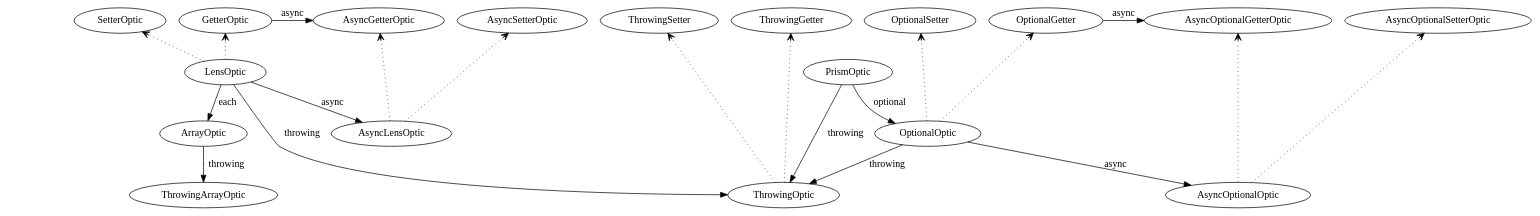
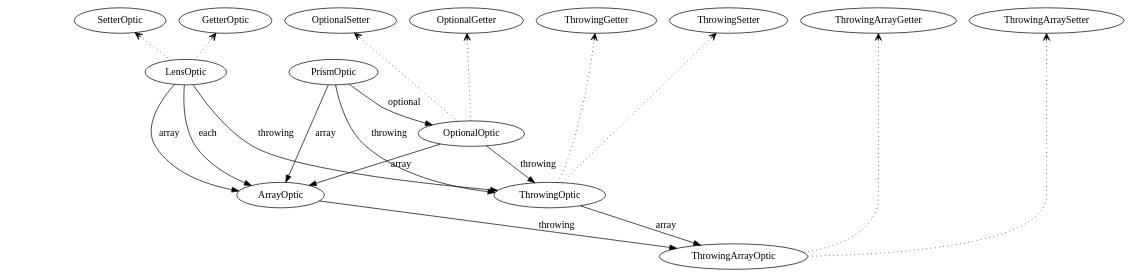
The diagram in Documentation/protocols.dot (mproinnovacion/swift-optics), drawn with Graphviz before and after one commit. The commit also changed 7 other files, not shown here.

Commit message:
feat: Added array funcs to lift optics into array. Updated graphs.

```diff
--- a/Documentation/protocols.dot
+++ b/Documentation/protocols.dot
@@ -1,41 +1,37 @@
 digraph protocols {
 	rank1 [style=invisible];
 	rank2 [style=invisible];
 
 	rank1 -> rank2 [color=white];
-
-	GetterOptic -> AsyncGetterOptic [label="async"];
 	
-	OptionalGetter -> AsyncOptionalGetterOptic [label="async"];
-
 	LensOptic -> GetterOptic [style=dotted, arrowhead=open];
 	LensOptic -> SetterOptic [style=dotted, arrowhead=open];
 	LensOptic -> ArrayOptic [label="each"];
+	LensOptic -> ArrayOptic [label="array"];
 	LensOptic -> ThrowingOptic [label="throwing"];
-	LensOptic -> AsyncLensOptic [label="async"];
 
 	PrismOptic -> OptionalOptic [label="optional"];
+	PrismOptic -> ArrayOptic [label="array"];
 	PrismOptic -> ThrowingOptic [label="throwing"];
 
 	OptionalOptic -> OptionalGetter [style=dotted, arrowhead=open];
 	OptionalOptic -> OptionalSetter [style=dotted, arrowhead=open];
+	OptionalOptic -> ArrayOptic [label="array"];
 	OptionalOptic -> ThrowingOptic [label="throwing"];
-	OptionalOptic -> AsyncOptionalOptic [label="async"];
 
 	ThrowingOptic -> ThrowingGetter [style=dotted, arrowhead=open];
 	ThrowingOptic -> ThrowingSetter [style=dotted, arrowhead=open];
+		
+		
+	ArrayOptic -> ThrowingArrayOptic [label="throwing"];
+	ThrowingOptic -> ThrowingArrayOptic [label="array"];
 	
-	AsyncLensOptic -> AsyncGetterOptic [style=dotted, arrowhead=open];
-	AsyncLensOptic -> AsyncSetterOptic [style=dotted, arrowhead=open];
-	
-	AsyncOptionalOptic -> AsyncOptionalGetterOptic [style=dotted, arrowhead=open];
-	AsyncOptionalOptic -> AsyncOptionalSetterOptic [style=dotted, arrowhead=open];
+	ThrowingArrayOptic -> ThrowingArrayGetter [style=dotted, arrowhead=open];
+	ThrowingArrayOptic -> ThrowingArraySetter [style=dotted, arrowhead=open];
 
-	ArrayOptic -> ThrowingArrayOptic [label="throwing"];
-
-	{ rank = min; GetterOptic ; SetterOptic ; OptionalGetter ; OptionalSetter ; ThrowingGetter ; ThrowingSetter ; AsyncGetterOptic ; AsyncSetterOptic; AsyncOptionalGetterOptic; AsyncOptionalSetterOptic }
+	{ rank = min; GetterOptic ; SetterOptic ; OptionalGetter ; OptionalSetter ; ThrowingGetter ; ThrowingSetter ; ThrowingArrayGetter; ThrowingArraySetter }
 	{
 		rank = same;
 		rank2 -> LensOptic -> PrismOptic [ style=invis ];
 	}
 }
```
